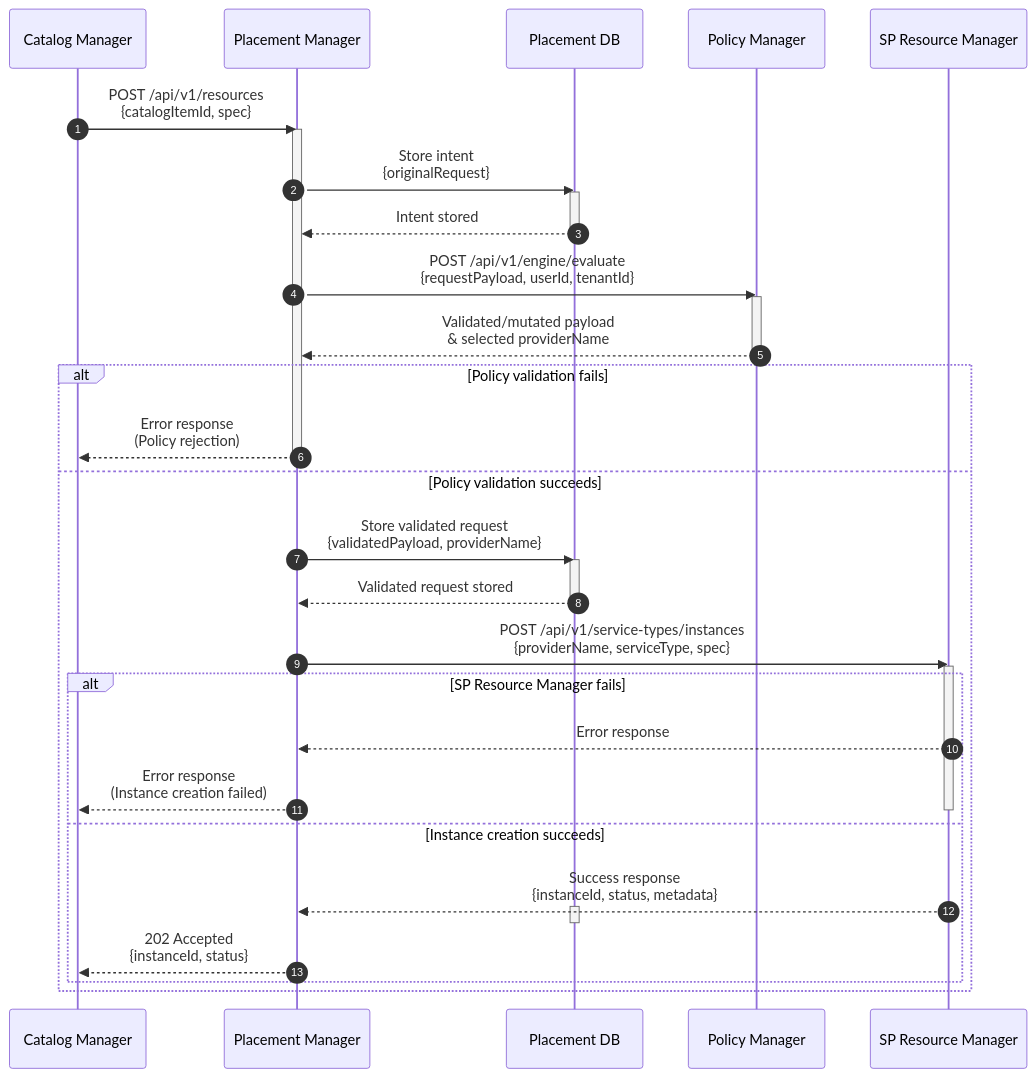
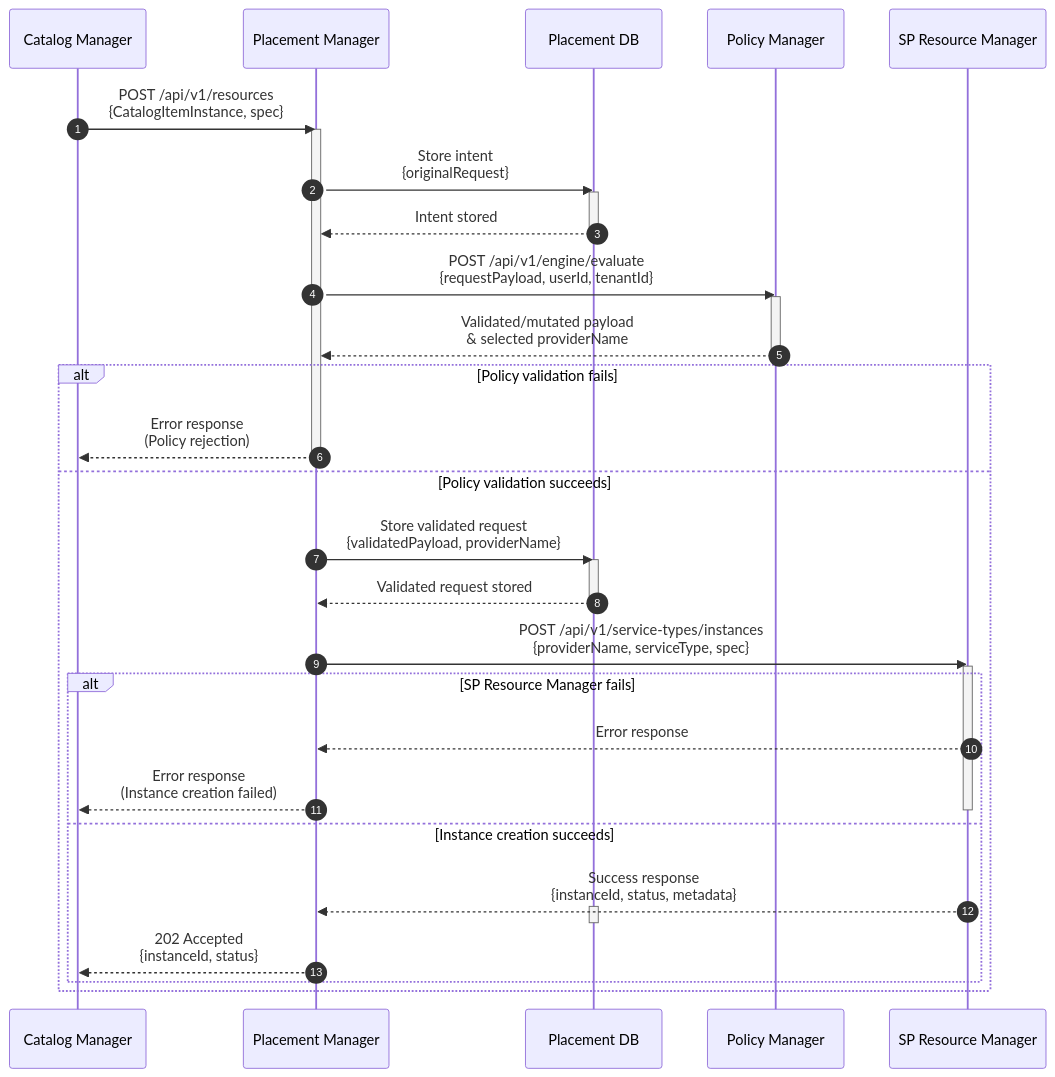
One commit to dcm-project/enhancements changed the second of 2 diagrams in enhancements/placement-manager/placement-manager.md. Above: the diagram before and after it, drawn with Mermaid. The commit also changed other lines of this file, not shown here.

Commit message:
updated to use catalog item instance id

````diff
--- a/enhancements/placement-manager/placement-manager.md
+++ b/enhancements/placement-manager/placement-manager.md
@@ -241,51 +242,51 @@
 ```mermaid
 sequenceDiagram
     autonumber
     participant CM as Catalog Manager
     participant PM as Placement Manager
     participant DB as Placement DB
     participant PE as Policy Manager
     participant SPRM as SP Resource Manager
 
-    CM->>PM: POST /api/v1/resources<br/>{catalogItemId, spec}
+    CM->>PM: POST /api/v1/resources<br/>{CatalogItemInstance, spec}
     activate PM
 
     PM->>DB: Store intent<br/>{originalRequest}
     activate DB
     DB-->>PM: Intent stored
     deactivate DB
 
     PM->>PE: POST /api/v1/engine/evaluate<br/>{requestPayload, userId, tenantId}
     activate PE
 
     PE-->>PM: Validated/mutated payload<br/>& selected providerName
     deactivate PE
 
     alt Policy validation fails
         PM-->>CM: Error response<br/>(Policy rejection)
         deactivate PM
     else Policy validation succeeds
 
         PM->>DB: Store validated request<br/>{validatedPayload, providerName}
         activate DB
         DB-->>PM: Validated request stored
         deactivate DB
 
         PM->>SPRM: POST /api/v1/service-types/instances<br/>{providerName, serviceType, spec}
         activate SPRM
 
         alt SP Resource Manager fails
             SPRM-->>PM: Error response
             PM-->>CM: Error response<br/>(Instance creation failed)
             deactivate SPRM
 
         else Instance creation succeeds
             SPRM-->>PM: Success response<br/>{instanceId, status, metadata}
             activate DB
             deactivate DB
 
             PM-->>CM: 202 Accepted<br/>{instanceId, status}
 
         end
     end
 ```
````
